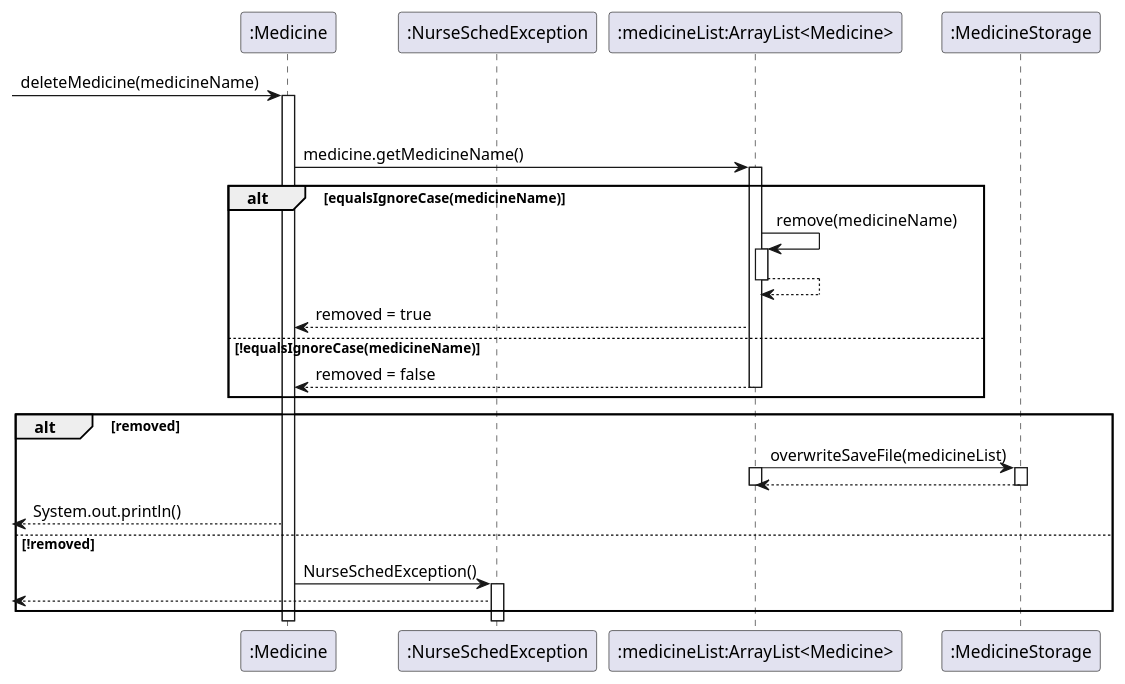
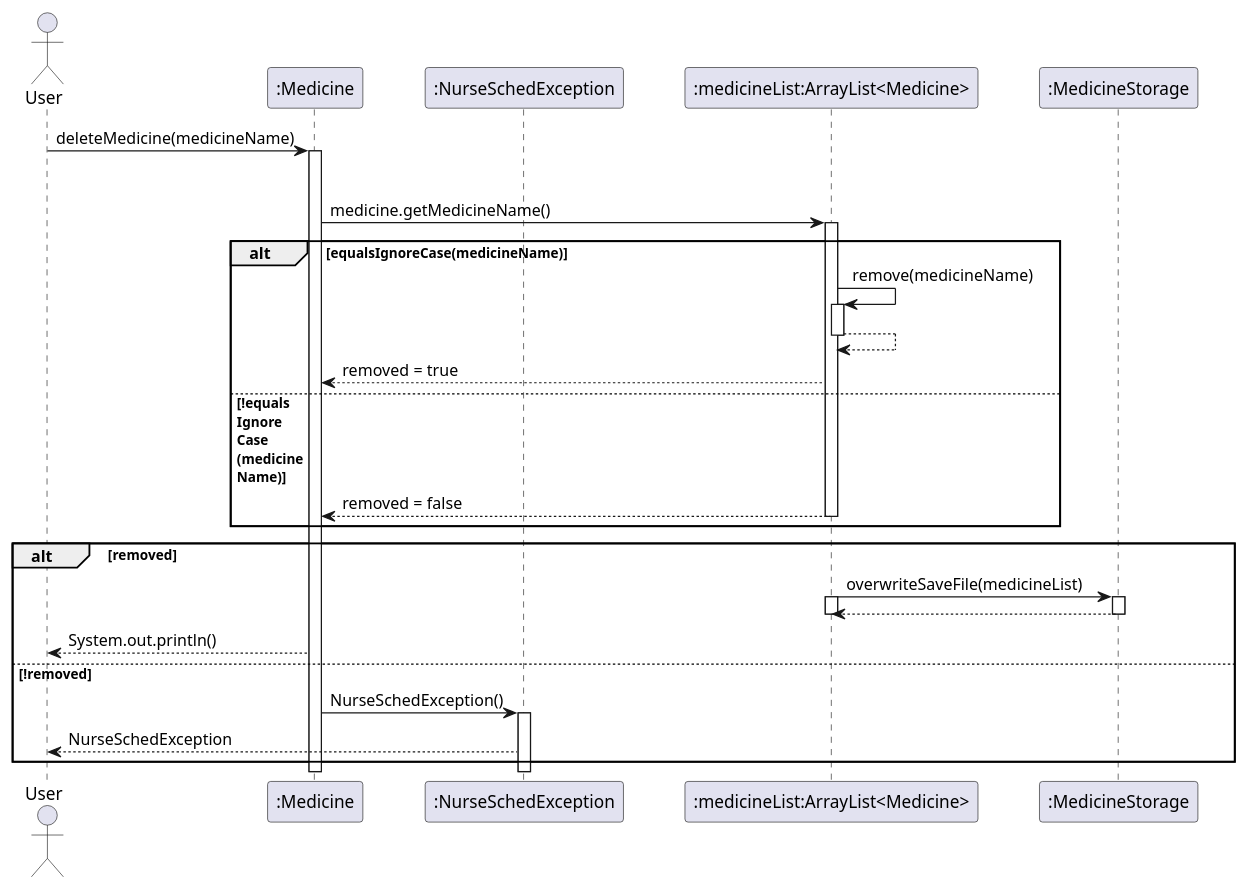
The diagram in docs/diagrams/medicineSequenceDiagrams/DeleteMedicineSequenceDiagram.puml (AY2425S2-CS2113-T11b-3/tp), drawn with PlantUML before and after one commit. The commit also changed 4 other files, not shown here.

Commit message:
Update medicine sequence diagrams

```diff
--- a/docs/diagrams/medicineSequenceDiagrams/DeleteMedicineSequenceDiagram.puml
+++ b/docs/diagrams/medicineSequenceDiagrams/DeleteMedicineSequenceDiagram.puml
@@ -1,42 +1,44 @@
 @startuml
 'https://plantuml.com/sequence-diagram
+skinparam ParticipantPadding 20
 
+Actor User
 participant ":Medicine" as Medicine
 participant ":NurseSchedException" as NurseSchedException
 participant ":medicineList:ArrayList<Medicine>" as medicineList
 participant ":MedicineStorage" as medicineStorage
 
-[-> Medicine: deleteMedicine(medicineName)
+User-> Medicine: deleteMedicine(medicineName)
 activate Medicine
 
 loop for all medicine in medicineList
 Medicine -> medicineList: medicine.getMedicineName()
 activate medicineList
 alt equalsIgnoreCase(medicineName)
 medicineList -> medicineList : remove(medicineName)
 activate medicineList
 medicineList --> medicineList
 deactivate medicineList
 medicineList --> Medicine: removed = true
-else !equalsIgnoreCase(medicineName)
+else !equals\nIgnore\nCase\n(medicine\nName)
 medicineList --> Medicine: removed = false
 deactivate medicineList
 end
 
 alt removed
 medicineList -> medicineStorage : overwriteSaveFile(medicineList)
 activate medicineList
 activate medicineStorage
 medicineStorage --> medicineList
 deactivate medicineStorage
 deactivate medicineList
-Medicine -->[ : System.out.println()
+Medicine --> User : System.out.println()
 
 else !removed
 
 Medicine -> NurseSchedException : NurseSchedException()
 activate NurseSchedException
-NurseSchedException -->[
+NurseSchedException --> User : NurseSchedException
 end
 
 @enduml
```
